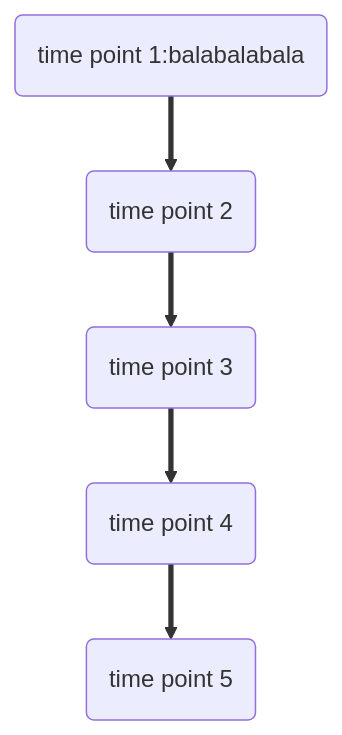
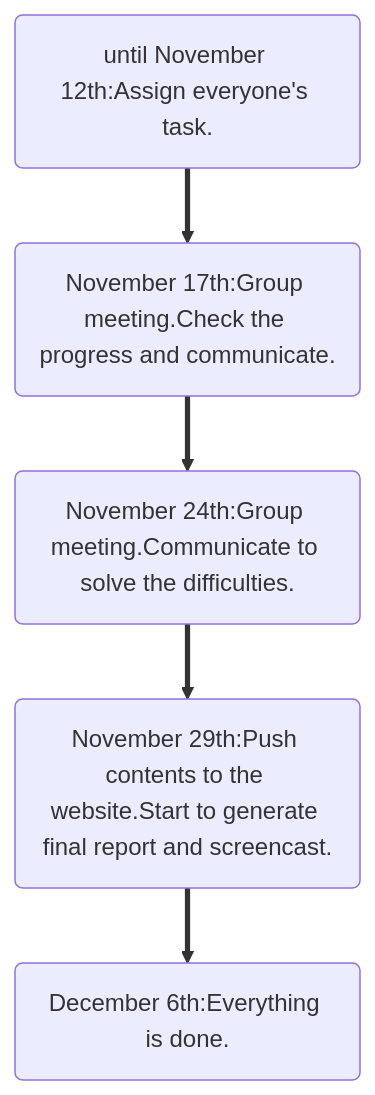
One commit to kindlezhang/p8105_final_project changed the diagram in final_project_proposal.Rmd. Above: the diagram before and after it, drawn with Mermaid.

Commit message:
add timeline.

````diff
--- a/final_project_proposal.Rmd
+++ b/final_project_proposal.Rmd
@@ -60,8 +60,8 @@
 ```mermaid
 graph TD
-A("time point 1:balabalabala")
-==>B("time point 2")
-==>C("time point 3")
-==>D("time point 4")
-==>E("time point 5")
+A("until November 12th:Assign everyone's task.")
+==>B("November 17th:Group meeting.Check the progress and communicate.")
+==>C("November 24th:Group meeting.Communicate to solve the difficulties.")
+==>D("November 29th:Push contents to the website.Start to generate final report and screencast.")
+==>E("December 6th:Everything is done.")
 ```
````
